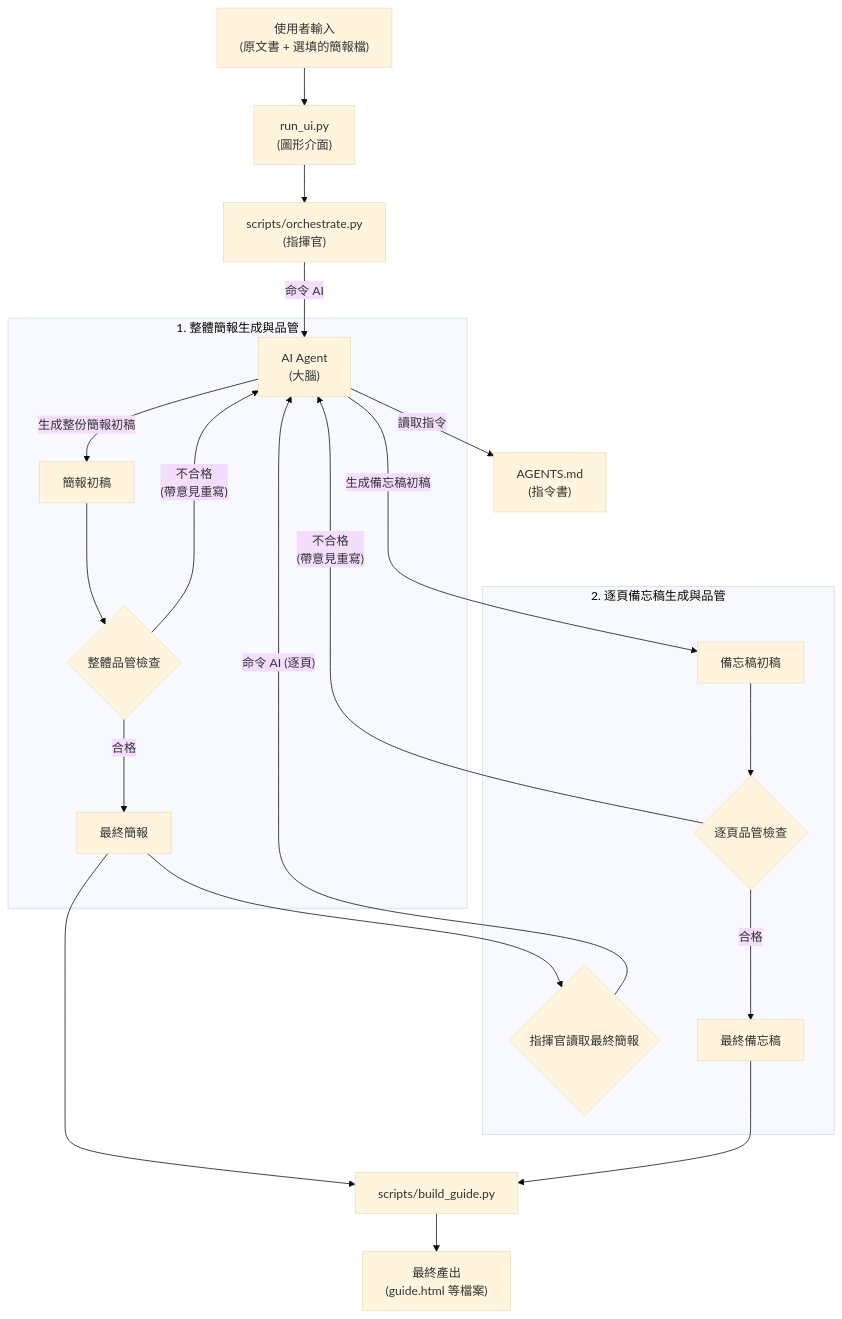
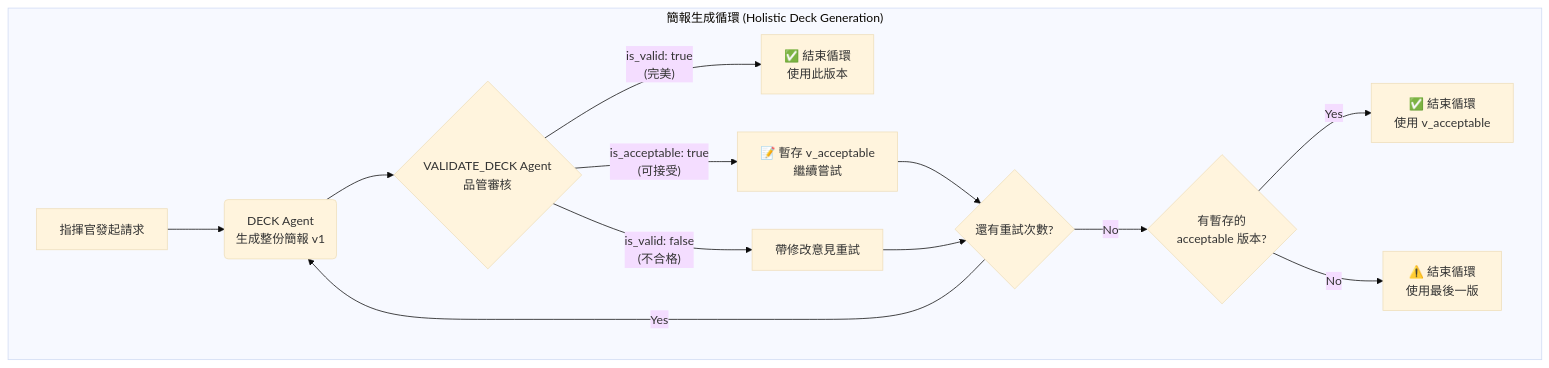
One commit to Chiakai-Chang/PPTPlaner changed the first of 2 diagrams in README.md. Above: the diagram before and after it, drawn with Mermaid (base theme). The commit also changed other lines of this file and 2 other files, not shown here.

````diff
--- a/README.md
+++ b/README.md
@@ -145,29 +171,17 @@
 ```mermaid
-flowchart TD
-    A["使用者輸入<br>(原文書 + 選填的簡報檔)"] --> B["run_ui.py<br>(圖形介面)"]
-    B --> C["scripts/orchestrate.py<br>(指揮官)"]
-    
-    C -- "命令 AI" --> D["AI Agent<br>(大腦)"]
-    D -- "讀取指令" --> E["AGENTS.md<br>(指令書)"]
-
-    subgraph "1. 整體簡報生成與品管"
-        D -- "生成整份簡報初稿" --> S1["簡報初稿"]
-        S1 --> V1{"整體品管檢查"}
-        V1 -- "合格" --> S2["最終簡報"]
-        V1 -- "不合格<br>(帶意見重寫)" --> D
+graph TD
+    subgraph "簡報生成循環 (Holistic Deck Generation)"
+        direction LR
+        A[指揮官發起請求] --> B(DECK Agent<br>生成整份簡報 v1);
+        B --> C{VALIDATE_DECK Agent<br>品管審核};
+        C -- "is_valid: true<br>(完美)" --> D[✅ 結束循環<br>使用此版本];
+        C -- "is_acceptable: true<br>(可接受)" --> E[📝 暫存 v_acceptable<br>繼續嘗試];
+        C -- "is_valid: false<br>(不合格)" --> F[帶修改意見重試];
+        E --> G{還有重試次數?};
+        F --> G;
+        G -- "Yes" --> B;
+        G -- "No" --> H{有暫存的<br>acceptable 版本?};
+        H -- "Yes" --> I[✅ 結束循環<br>使用 v_acceptable];
+        H -- "No" --> J[⚠️ 結束循環<br>使用最後一版];
     end
-
-    subgraph "2. 逐頁備忘稿生成與品管"
-        S2 --> C2{指揮官讀取最終簡報}
-        C2 -- "命令 AI (逐頁)" --> D
-        D -- "生成備忘稿初稿" --> M1["備忘稿初稿"]
-        M1 --> V2{逐頁品管檢查}
-        V2 -- "合格" --> M2["最終備忘稿"]
-        V2 -- "不合格<br>(帶意見重寫)" --> D
-    end
-
-    S2 --> G
-    M2 --> G
-    
-    G["scripts/build_guide.py"] --> H["最終產出<br>(guide.html 等檔案)"]
 ```
````
